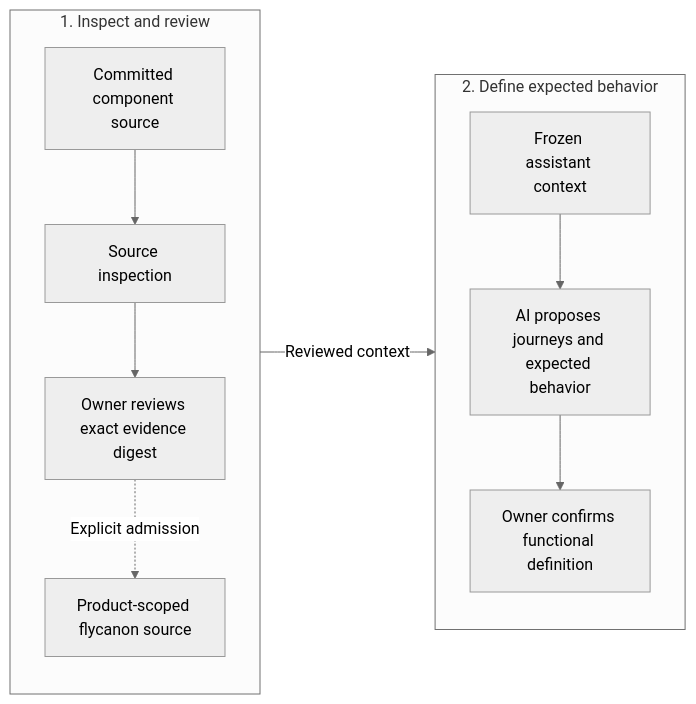
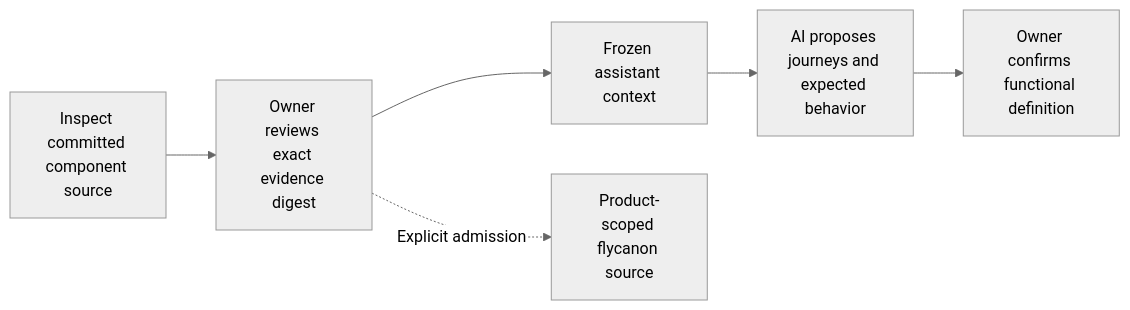
The diagram in docs/as-is-handoff.md (fireflyframework/firefly-forge), drawn with Mermaid (neutral theme) before and after one commit. The commit also changed other lines of this file and 3 other files, not shown here.

Commit message:
Keep reviewed context explicit in the horizontal source handoff

````diff
--- a/docs/as-is-handoff.md
+++ b/docs/as-is-handoff.md
@@ -14,20 +14,13 @@
 ```mermaid
 ---
 config:
   flowchart:
-    wrappingWidth: 120
+    wrappingWidth: 96
 ---
 flowchart LR
-  subgraph InspectPhase["1. Inspect and review"]
-    direction TB
-    Source[Committed component source] --> Inspect[Source inspection]
-    Inspect --> Review[Owner reviews exact evidence digest]
-    Review -. Explicit admission .-> Canon[Product-scoped flycanon source]
-  end
-  subgraph DefinePhase["2. Define expected behavior"]
-    direction TB
-    Context[Frozen assistant context] --> Proposal[AI proposes journeys and expected behavior]
-    Proposal --> Confirm[Owner confirms functional definition]
-  end
-  InspectPhase -->|Reviewed context| DefinePhase
+  Source[Inspect committed component source] --> Review[Owner reviews exact evidence digest]
+  Review --> Context[Frozen assistant context]
+  Context --> Proposal[AI proposes journeys and expected behavior]
+  Proposal --> Confirm[Owner confirms functional definition]
+  Review -. Explicit admission .-> Canon[Product-scoped flycanon source]
 ```
````
